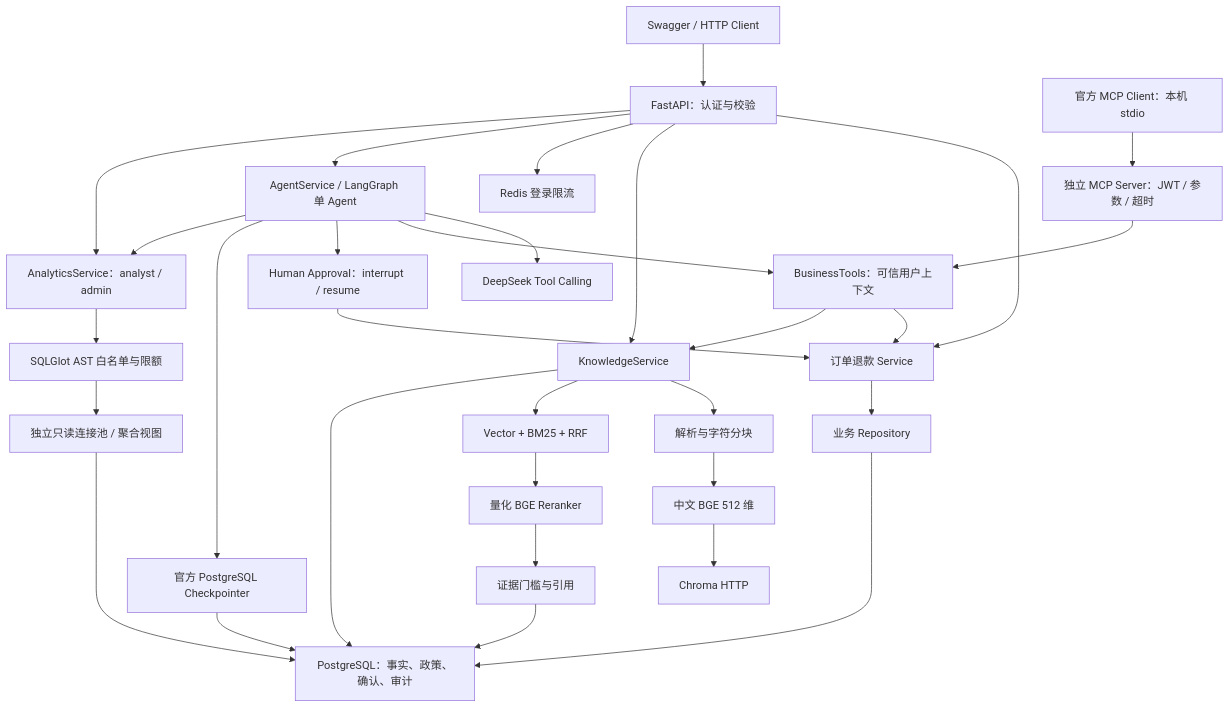
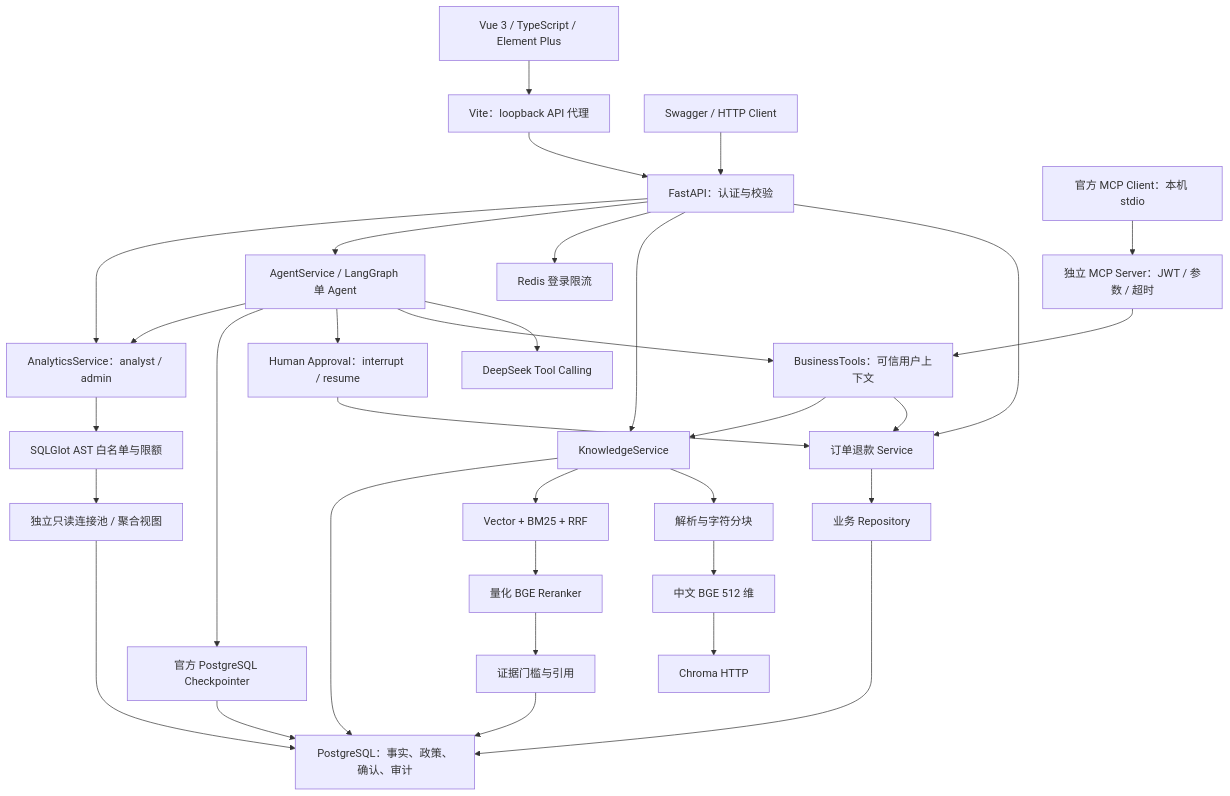
Before and after one commit to zjhwwwl/EnterpriseAgent: the diagram in README.md, drawn with Mermaid. The commit also changed other lines of this file and 70 other files, not shown here.

Commit message:
feat(web): add Vue business dashboard and verified Phase 7 workflows

````diff
--- a/README.md
+++ b/README.md
@@ -28,34 +29,36 @@
 ```mermaid
 flowchart TD
-    CLIENT["Swagger / HTTP Client"] --> API["FastAPI：认证与校验"]
+    WEB["Vue 3 / TypeScript / Element Plus"] --> PROXY["Vite：loopback API 代理"]
+    PROXY --> API["FastAPI：认证与校验"]
+    CLIENT["Swagger / HTTP Client"] --> API
     API --> BIZ["订单退款 Service"]
     BIZ --> REPO["业务 Repository"]
     REPO --> PG["PostgreSQL：事实、政策、确认、审计"]
 
     API --> KB["KnowledgeService"]
     KB --> PARSE["解析与字符分块"]
     PARSE --> EMBED["中文 BGE 512 维"]
     EMBED --> CHROMA["Chroma HTTP"]
     KB --> HYBRID["Vector + BM25 + RRF"]
     HYBRID --> RERANK["量化 BGE Reranker"]
     RERANK --> EVIDENCE["证据门槛与引用"]
     EVIDENCE --> PG
     KB --> PG
     API --> REDIS["Redis 登录限流"]
     API --> AGENT["AgentService / LangGraph 单 Agent"]
     AGENT --> LLM["DeepSeek Tool Calling"]
     AGENT --> TOOLS["BusinessTools：可信用户上下文"]
     TOOLS --> BIZ
     TOOLS --> KB
     AGENT --> APPROVAL["Human Approval：interrupt / resume"]
     APPROVAL --> BIZ
     AGENT --> CHECKPOINT["官方 PostgreSQL Checkpointer"]
     CHECKPOINT --> PG
     API --> ANALYSIS["AnalyticsService：analyst / admin"]
     AGENT --> ANALYSIS
     ANALYSIS --> SQLGUARD["SQLGlot AST 白名单与限额"]
     SQLGUARD --> READER["独立只读连接池 / 聚合视图"]
     READER --> PG
     MCPCLIENT["官方 MCP Client：本机 stdio"] --> MCP["独立 MCP Server：JWT / 参数 / 超时"]
     MCP --> TOOLS
 ```
````
